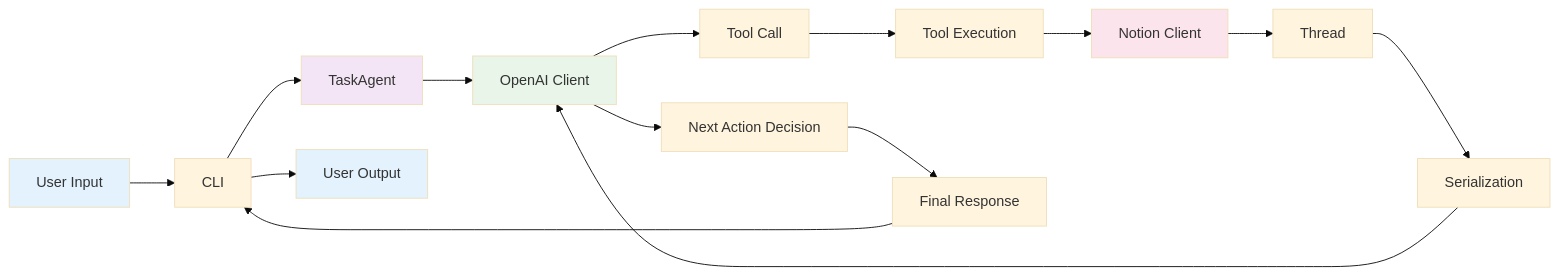
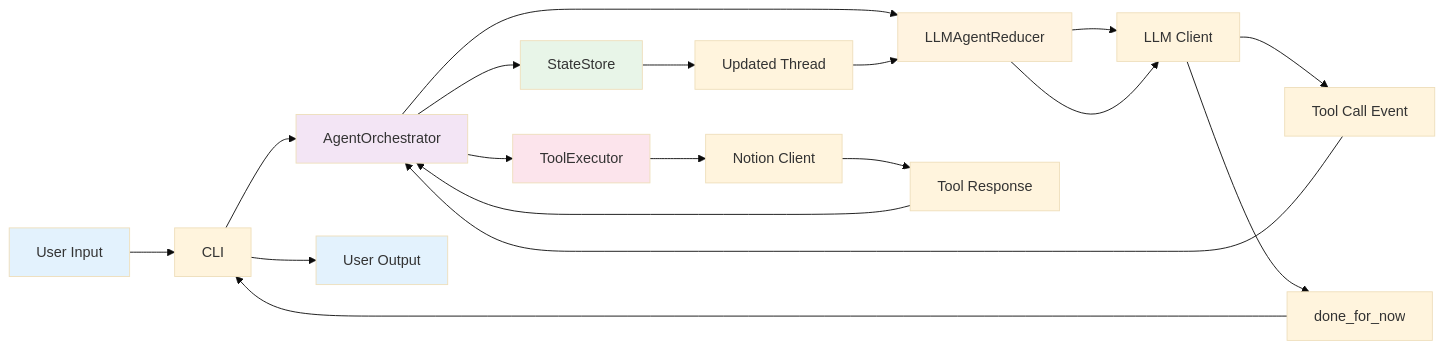
Before and after one commit to shomrkm/shochan_ai: the second of 5 diagrams in docs/ARCHITECTURE.md, drawn with Mermaid (base theme). The commit also changed other lines of this file and 1 other file, not shown here.

First line of the commit message:
doc: complete Phase 3 implementation of Stateless Reducer pattern

````diff
--- a/docs/ARCHITECTURE.md
+++ b/docs/ARCHITECTURE.md
@@ -247,22 +433,27 @@
 ```mermaid
 flowchart LR
     A[User Input] --> B[CLI]
-    B --> C[TaskAgent]
-    C --> D[OpenAI Client]
-    D --> E[Tool Call]
-    E --> F[Tool Execution]
-    F --> G[Notion Client]
-    G --> H[Thread]
-    H --> I[Serialization]
-    I --> D
-    D --> J[Next Action Decision]
-    J --> K[Final Response]
-    K --> B
-    B --> L[User Output]
+    B --> C[AgentOrchestrator]
+    C --> D[LLMAgentReducer]
+    D --> E[LLM Client]
+    E --> F[Tool Call Event]
+    F --> C
+    C --> G[ToolExecutor]
+    G --> H[Notion Client]
+    H --> I[Tool Response]
+    I --> C
+    C --> J[StateStore]
+    J --> K[Updated Thread]
+    K --> D
+    D --> E
+    E --> L[done_for_now]
+    L --> B
+    B --> M[User Output]
 
     style A fill:#e3f2fd
-    style L fill:#e3f2fd
+    style M fill:#e3f2fd
     style C fill:#f3e5f5
-    style D fill:#e8f5e8
+    style D fill:#fff3e0
     style G fill:#fce4ec
+    style J fill:#e8f5e8
 ```
````
